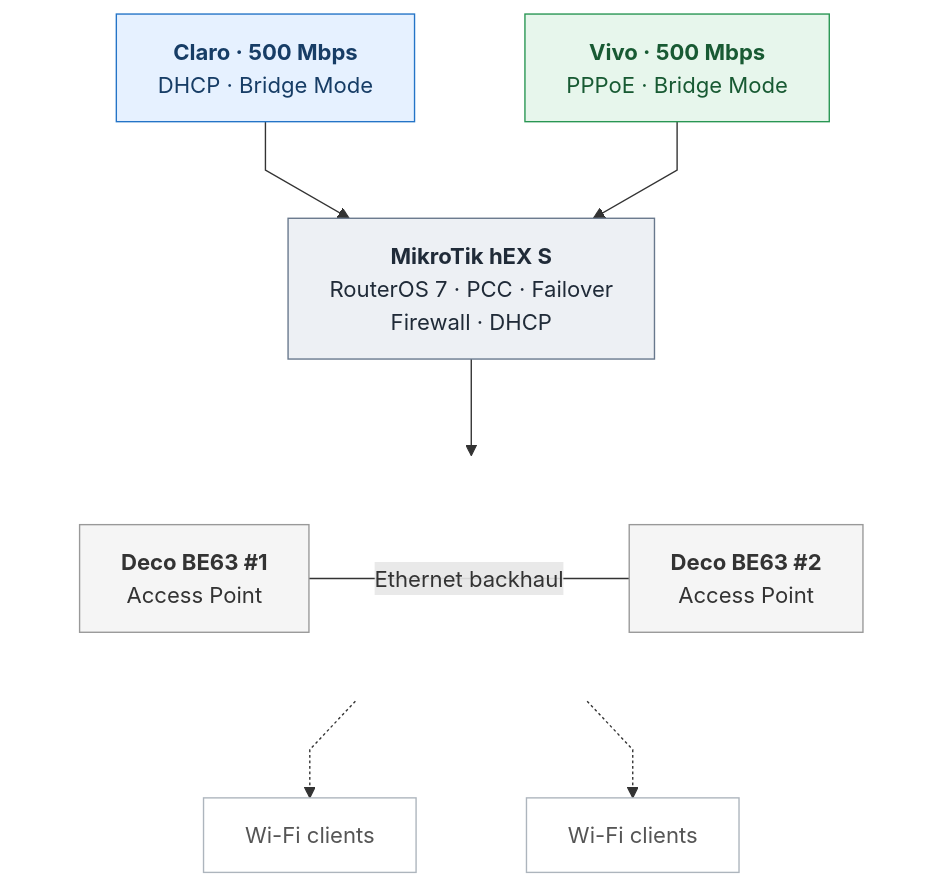
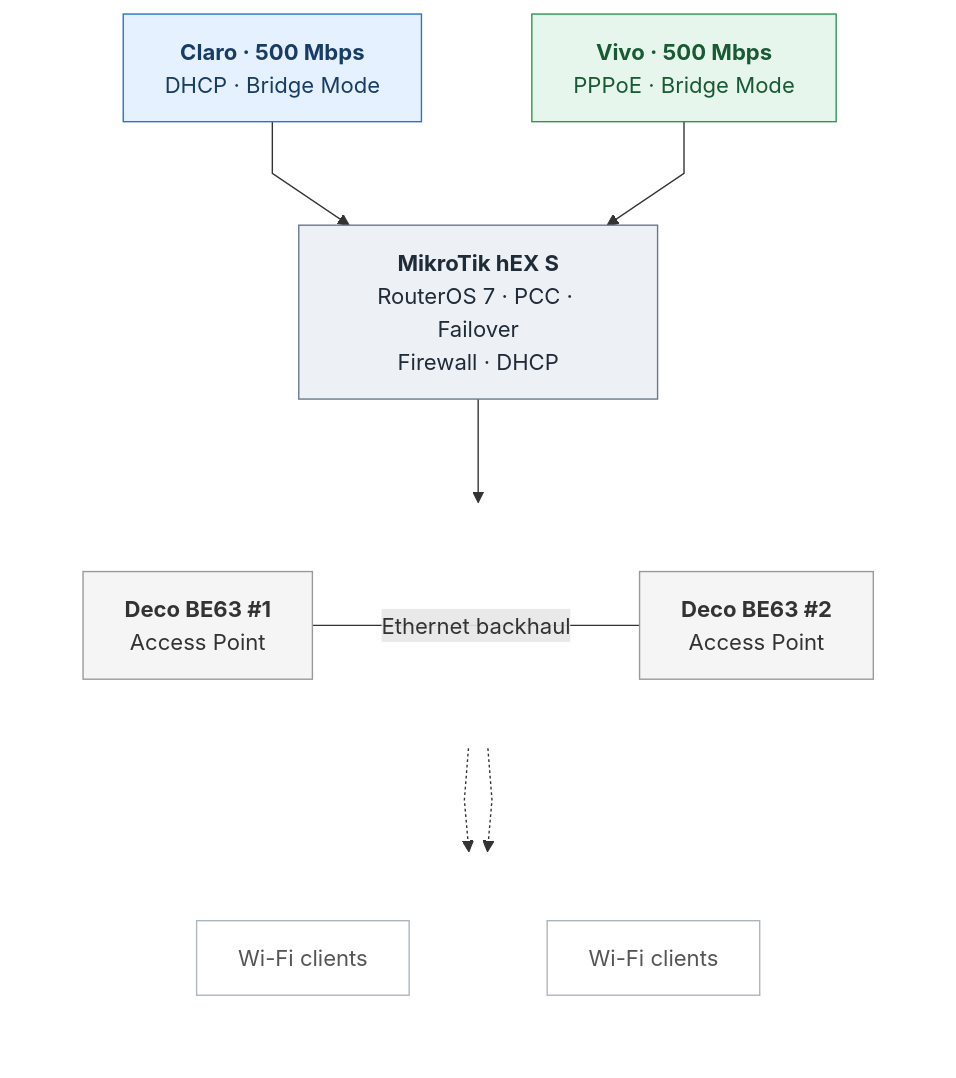
The diagram in docs/mermaid-topology-preview.md (london36/mikrotik-dualwan-pcc-failover-monitoring), drawn with Mermaid before and after one commit. The commit also changed other lines of this file, not shown here.

Commit message:
docs: refine side-by-side Deco layout in Mermaid preview

````diff
--- a/docs/mermaid-topology-preview.md
+++ b/docs/mermaid-topology-preview.md
@@ -5,36 +5,36 @@
 ```mermaid
-%%{init: {"flowchart": {"minNodeWidth": 260, "wrappingWidth": 280, "nodeSpacing": 80, "rankSpacing": 70, "curve": "linear"}}}%%
+%%{init: {"flowchart": {"minNodeWidth": 260, "nodeSpacing": 80, "rankSpacing": 75, "curve": "linear"}}}%%
 flowchart TB
     C["<b>Claro · 500 Mbps</b><br/>DHCP · Bridge Mode"]
     V["<b>Vivo · 500 Mbps</b><br/>PPPoE · Bridge Mode"]
     M["<b>MikroTik hEX S</b><br/>RouterOS 7 · PCC · Failover<br/>Firewall · DHCP"]
-    D1["<b>Deco BE63 #1</b><br/>Access Point"]
-    D2["<b>Deco BE63 #2</b><br/>Access Point"]
-    W1["Wi-Fi clients"]
-    W2["Wi-Fi clients"]
+
+    subgraph APROW[" "]
+      direction LR
+      D1["<b>Deco BE63 #1</b><br/>Access Point"] ---|Ethernet backhaul| D2["<b>Deco BE63 #2</b><br/>Access Point"]
+    end
+
+    subgraph CLIENTROW[" "]
+      direction LR
+      W1["Wi-Fi clients"] ~~~ W2["Wi-Fi clients"]
+    end
 
     C --> M
     V --> M
     M --> D1
-
-    subgraph APs[" "]
-      direction LR
-      D1 ---|Ethernet backhaul| D2
-    end
-
     D1 -.-> W1
     D2 -.-> W2
 
     classDef claro fill:#e6f1ff,stroke:#2474c7,color:#173d66
     classDef vivo fill:#e7f6ec,stroke:#299653,color:#185a33
     classDef router fill:#edf0f4,stroke:#68788c,color:#202b38
     classDef deco fill:#f5f5f5,stroke:#999,color:#333
     classDef clients fill:#ffffff,stroke:#adb5bd,color:#555
-
     class C claro
     class V vivo
     class M router
     class D1,D2 deco
     class W1,W2 clients
-    style APs fill:none,stroke:none
+    style APROW fill:none,stroke:none
+    style CLIENTROW fill:none,stroke:none
 ```
````
